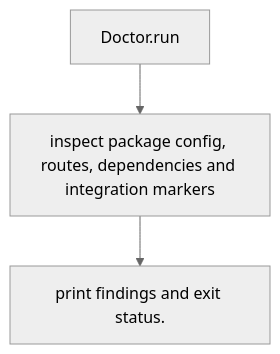
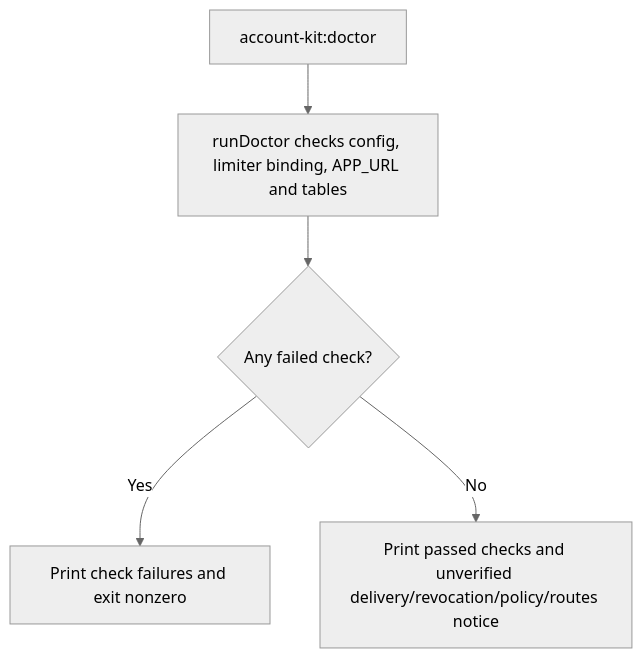
One commit to Kevinjohn/oss-adonisjs-account-kit changed the second of 2 diagrams in user-stories/US-ACCOUNT-32-diagnose-account-kit.md. Above: the diagram before and after it, drawn with Mermaid (neutral theme). The commit also changed other lines of this file and 29 other files, not shown here.

````diff
--- a/user-stories/US-ACCOUNT-32-diagnose-account-kit.md
+++ b/user-stories/US-ACCOUNT-32-diagnose-account-kit.md
@@ -33,8 +30,7 @@
 ```mermaid
 flowchart TD
-    C0["Doctor.run"]
-    C1["inspect package config, routes, dependencies and integration markers"]
-    C0 --> C1
-    C2["print findings and exit status."]
-    C1 --> C2
+ A["account-kit:doctor"] --> B["runDoctor checks config, limiter binding, APP_URL and tables"]
+ B --> C{"Any failed check?"}
+ C -->|Yes| D["Print check failures and exit nonzero"]
+ C -->|No| E["Print passed checks and unverified delivery/revocation/policy/routes notice"]
 ```
````
